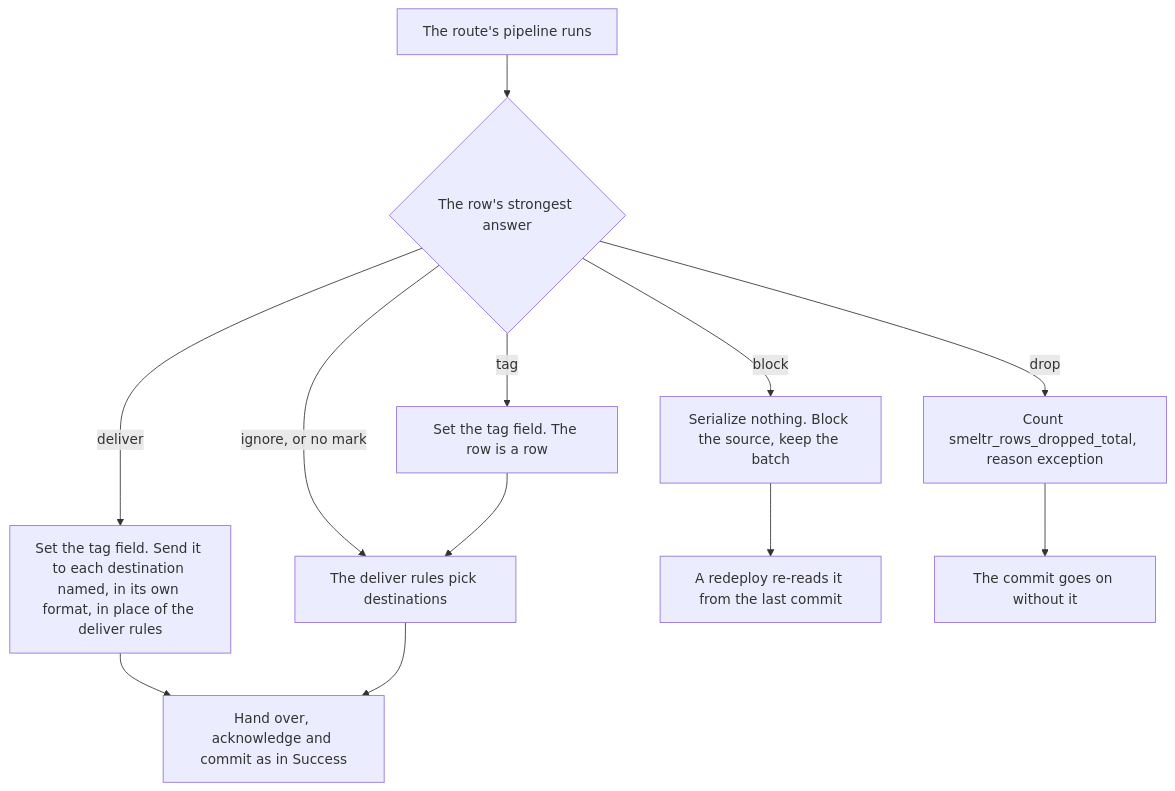
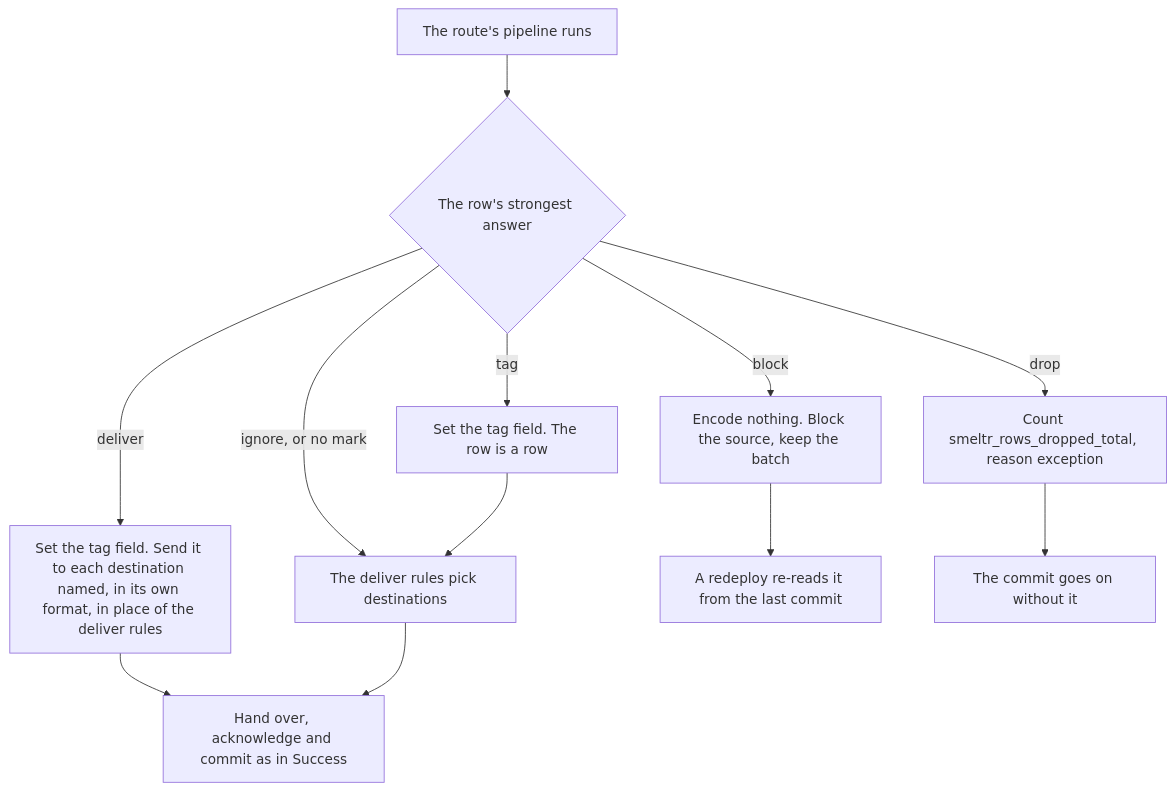
The third of 6 diagrams in docs/data-paths.md (smeltr-sh/smeltr), drawn with Mermaid before and after one commit. The commit also changed other lines of this file and 9 other files, not shown here.

````diff
--- a/docs/data-paths.md
+++ b/docs/data-paths.md
@@ -89,14 +89,14 @@
 ```mermaid
 flowchart TD
   A["The route's pipeline runs"] --> B{"The row's strongest answer"}
   B -- "ignore, or no mark" --> N["The deliver rules pick destinations"]
   B -- tag --> T["Set the tag field. The row is a row"]
   T --> N
   B -- drop --> D["Count smeltr_rows_dropped_total, reason exception"]
   B -- deliver --> V["Set the tag field. Send it to each destination named, in its own format, in place of the deliver rules"]
   V --> X
-  B -- block --> Q["Serialize nothing. Block the source, keep the batch"]
+  B -- block --> Q["Encode nothing. Block the source, keep the batch"]
   Q --> R["A redeploy re-reads it from the last commit"]
   N --> X["Hand over, acknowledge and commit as in Success"]
   D --> X2["The commit goes on without it"]
 ```
````
